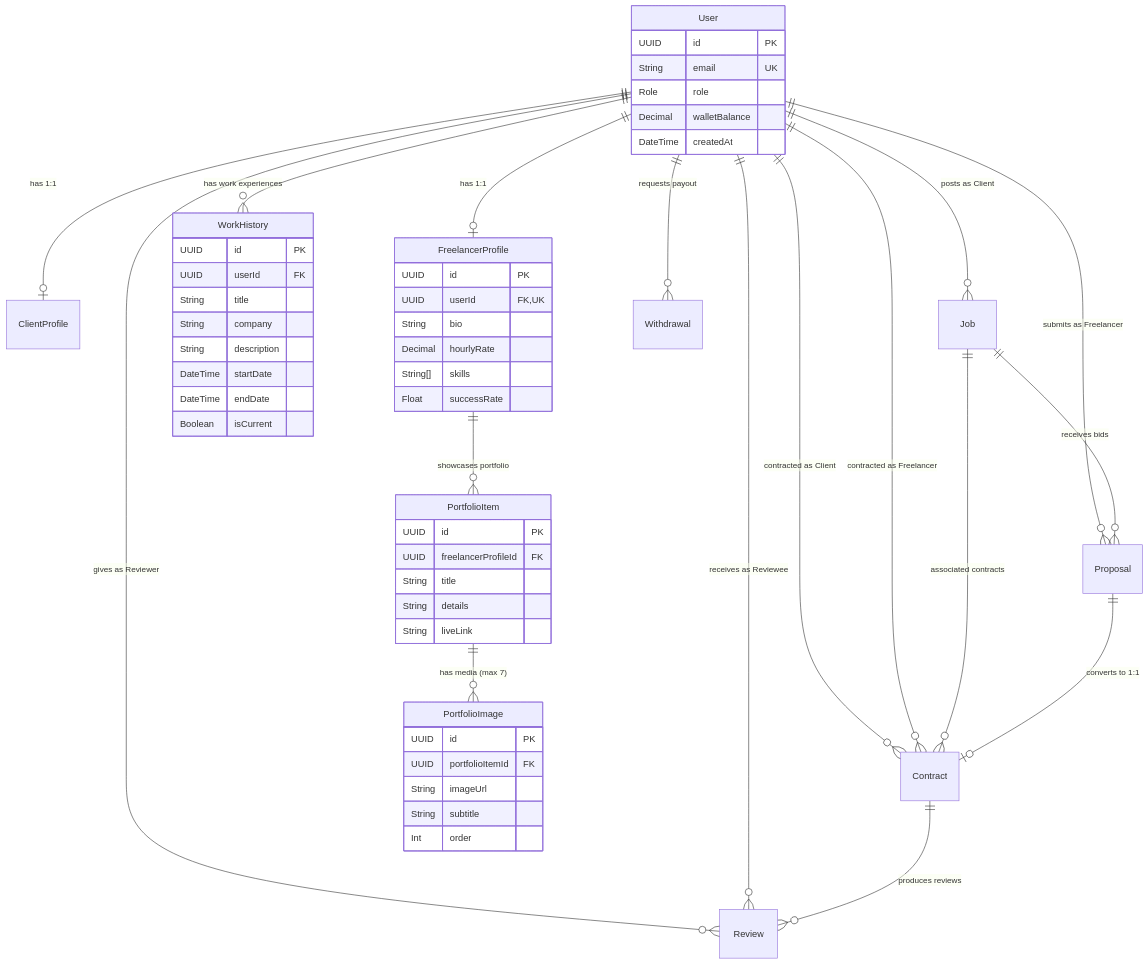
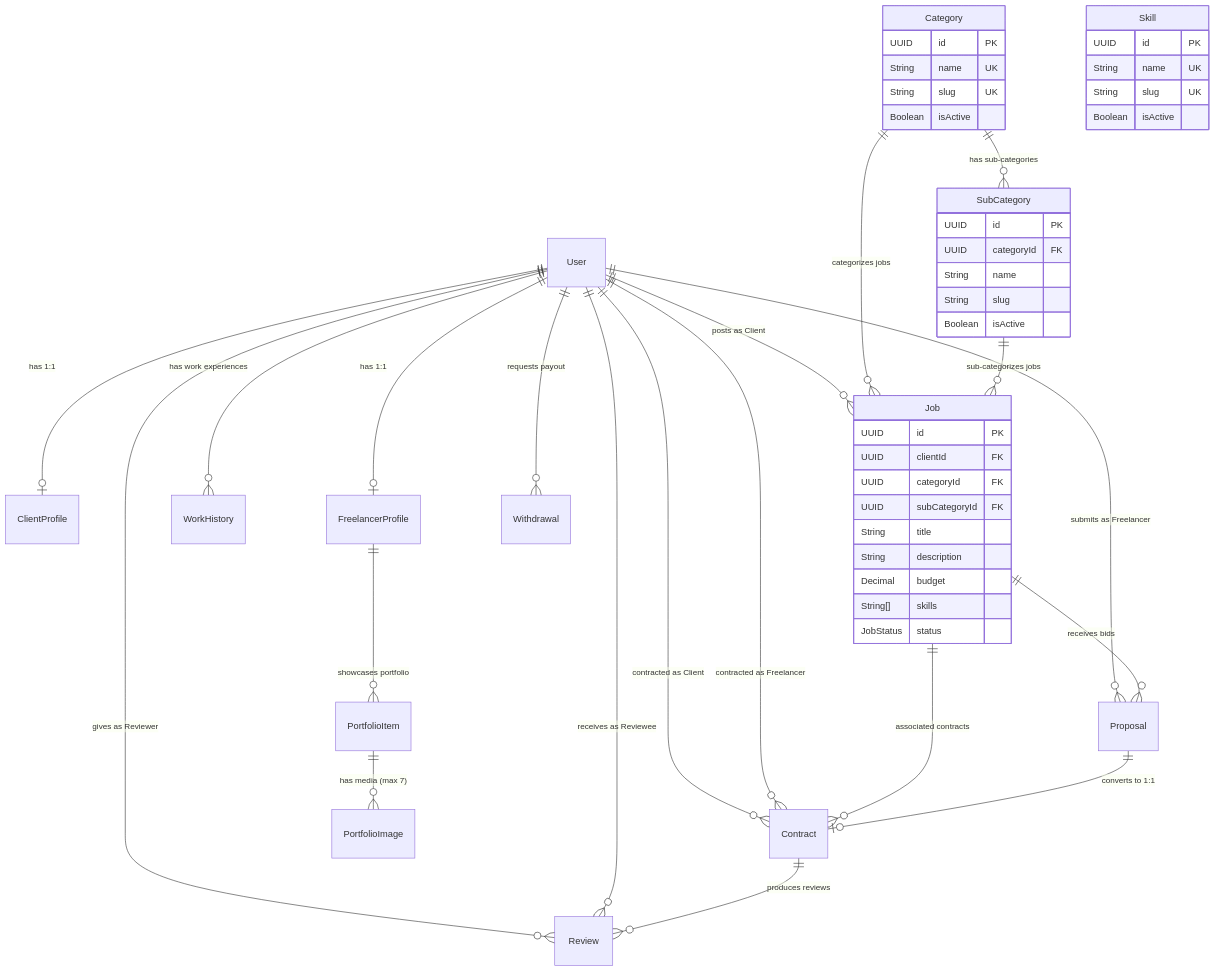
Before and after one commit to Nakib64/marketplace: the diagram in backend/phase-status/01-database-design.md, drawn with Mermaid. The commit also changed other lines of this file and 24 other files, not shown here.

Commit message:
feat(jobs): implement job creation, category and subcategory for admin

````diff
--- a/backend/phase-status/01-database-design.md
+++ b/backend/phase-status/01-database-design.md
@@ -47,66 +50,60 @@
 ```mermaid
 erDiagram
     User ||--o| ClientProfile : "has 1:1"
     User ||--o| FreelancerProfile : "has 1:1"
     User ||--o{ WorkHistory : "has work experiences"
     User ||--o{ Job : "posts as Client"
     User ||--o{ Proposal : "submits as Freelancer"
     User ||--o{ Contract : "contracted as Client"
     User ||--o{ Contract : "contracted as Freelancer"
     User ||--o{ Review : "gives as Reviewer"
     User ||--o{ Review : "receives as Reviewee"
     User ||--o{ Withdrawal : "requests payout"
 
     FreelancerProfile ||--o{ PortfolioItem : "showcases portfolio"
     PortfolioItem ||--o{ PortfolioImage : "has media (max 7)"
 
+    Category ||--o{ SubCategory : "has sub-categories"
+    Category ||--o{ Job : "categorizes jobs"
+    SubCategory ||--o{ Job : "sub-categorizes jobs"
+
     Job ||--o{ Proposal : "receives bids"
     Job ||--o{ Contract : "associated contracts"
 
     Proposal ||--o| Contract : "converts to 1:1"
     Contract ||--o{ Review : "produces reviews"
 
-    User {
+    Category {
         UUID id PK
-        String email UK
-        Role role
-        Decimal walletBalance
-        DateTime createdAt
+        String name UK
+        String slug UK
+        Boolean isActive
     }
 
-    WorkHistory {
+    SubCategory {
         UUID id PK
-        UUID userId FK
-        String title
-        String company
-        String description
-        DateTime startDate
-        DateTime endDate
-        Boolean isCurrent
+        UUID categoryId FK
+        String name
+        String slug
+        Boolean isActive
     }
 
-    FreelancerProfile {
+    Skill {
         UUID id PK
-        UUID userId FK, UK
-        String bio
-        Decimal hourlyRate
-        String[] skills
-        Float successRate
+        String name UK
+        String slug UK
+        Boolean isActive
     }
 
-    PortfolioItem {
+    Job {
         UUID id PK
-        UUID freelancerProfileId FK
+        UUID clientId FK
+        UUID categoryId FK
+        UUID subCategoryId FK
         String title
-        String details
-        String liveLink
-    }
-
-    PortfolioImage {
-        UUID id PK
-        UUID portfolioItemId FK
-        String imageUrl
-        String subtitle
-        Int order
+        String description
+        Decimal budget
+        String[] skills
+        JobStatus status
     }
 ```
````
